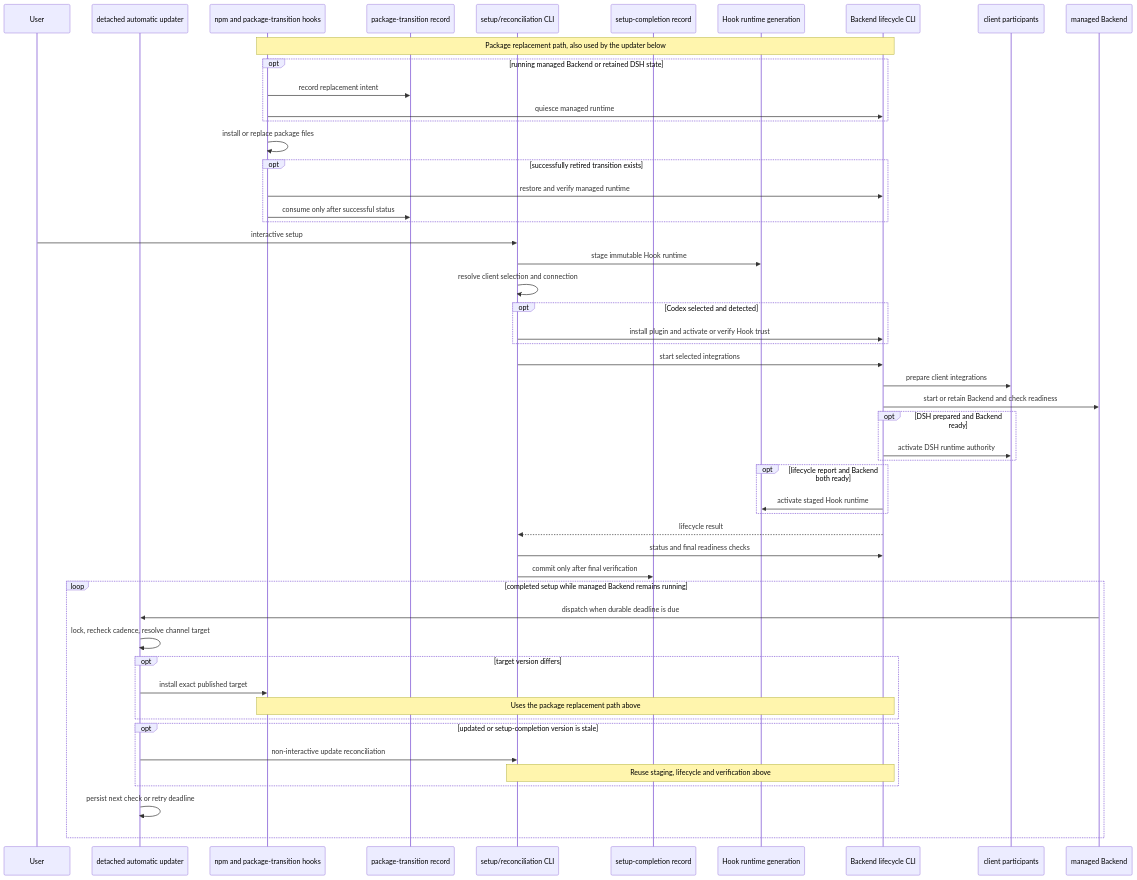
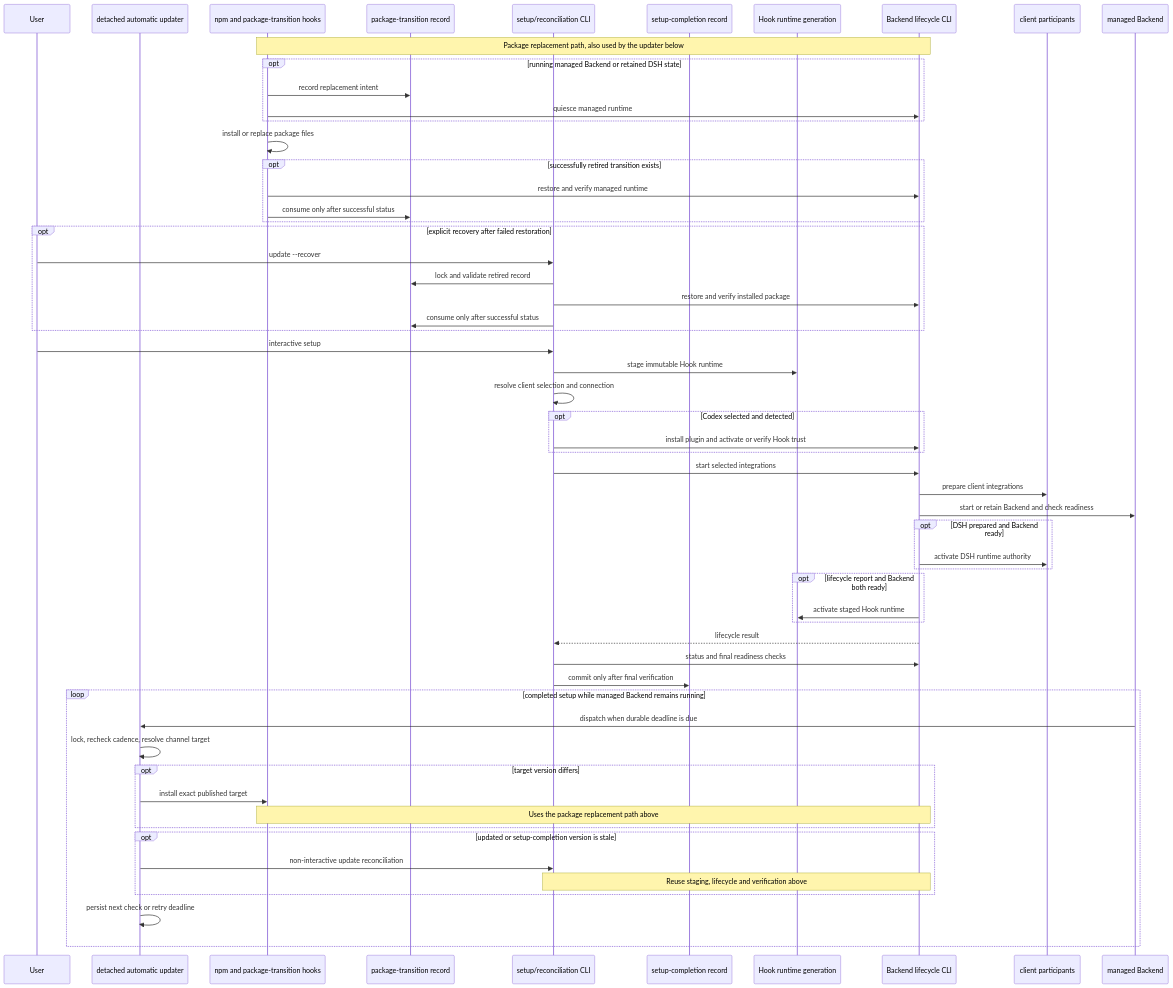
One commit to SimonEskildse/memorax-code changed the second of 7 diagrams in ARCHITECTURE.md. Above: the diagram before and after it, drawn with Mermaid. The commit also changed other lines of this file and 12 other files, not shown here.

````diff
--- a/ARCHITECTURE.md
+++ b/ARCHITECTURE.md
@@ -195,57 +195,63 @@
 ```mermaid
 sequenceDiagram
   participant User
   participant Update as detached automatic updater
   participant NPM as npm and package-transition hooks
   participant Transition as package-transition record
   participant Setup as setup/reconciliation CLI
   participant Completion as setup-completion record
   participant Generation as Hook runtime generation
   participant Lifecycle as Backend lifecycle CLI
   participant Participants as client participants
   participant Service as managed Backend
 
   Note over NPM,Lifecycle: Package replacement path, also used by the updater below
   opt running managed Backend or retained DSH state
     NPM->>Transition: record replacement intent
     NPM->>Lifecycle: quiesce managed runtime
   end
   NPM->>NPM: install or replace package files
   opt successfully retired transition exists
     NPM->>Lifecycle: restore and verify managed runtime
     NPM->>Transition: consume only after successful status
+  end
+  opt explicit recovery after failed restoration
+    User->>Setup: update --recover
+    Setup->>Transition: lock and validate retired record
+    Setup->>Lifecycle: restore and verify installed package
+    Setup->>Transition: consume only after successful status
   end
 
   User->>Setup: interactive setup
   Setup->>Generation: stage immutable Hook runtime
   Setup->>Setup: resolve client selection and connection
   opt Codex selected and detected
     Setup->>Lifecycle: install plugin and activate or verify Hook trust
   end
   Setup->>Lifecycle: start selected integrations
   Lifecycle->>Participants: prepare client integrations
   Lifecycle->>Service: start or retain Backend and check readiness
   opt DSH prepared and Backend ready
     Lifecycle->>Participants: activate DSH runtime authority
   end
   opt lifecycle report and Backend both ready
     Lifecycle->>Generation: activate staged Hook runtime
   end
   Lifecycle-->>Setup: lifecycle result
   Setup->>Lifecycle: status and final readiness checks
   Setup->>Completion: commit only after final verification
 
   loop completed setup while managed Backend remains running
     Service->>Update: dispatch when durable deadline is due
     Update->>Update: lock, recheck cadence, resolve channel target
     opt target version differs
       Update->>NPM: install exact published target
       Note over NPM,Lifecycle: Uses the package replacement path above
     end
     opt updated or setup-completion version is stale
       Update->>Setup: non-interactive update reconciliation
       Note over Setup,Lifecycle: Reuse staging, lifecycle and verification above
     end
     Update->>Update: persist next check or retry deadline
   end
 ```
````
